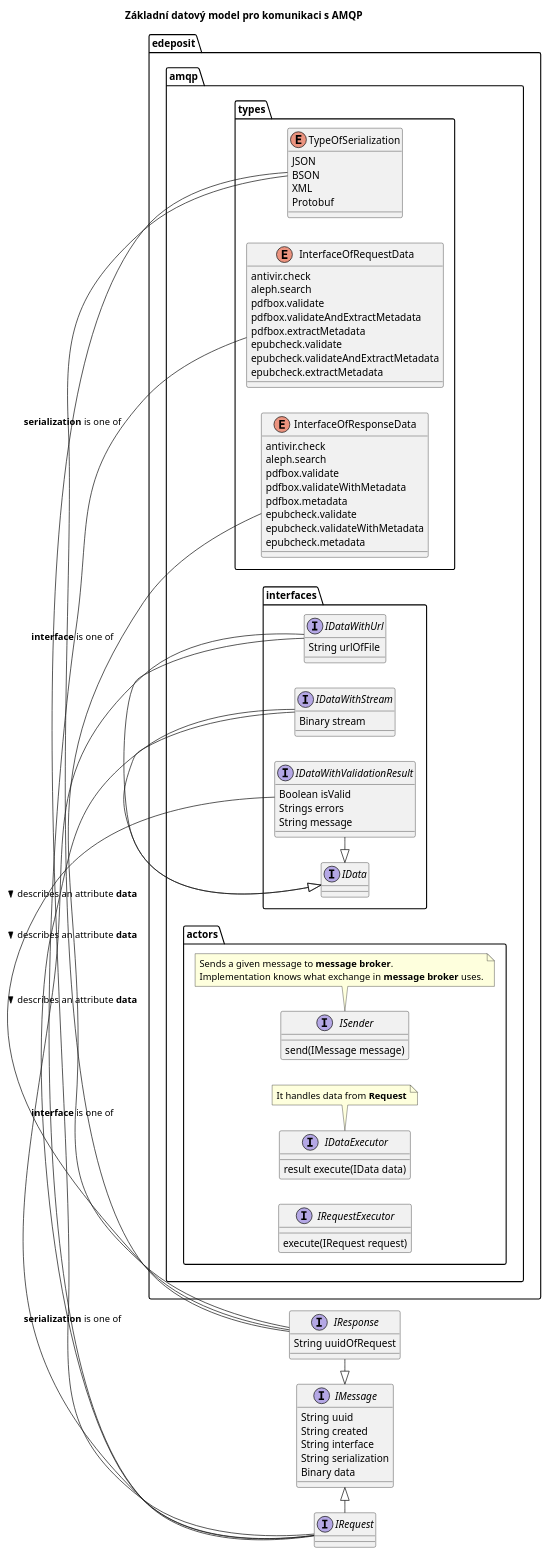
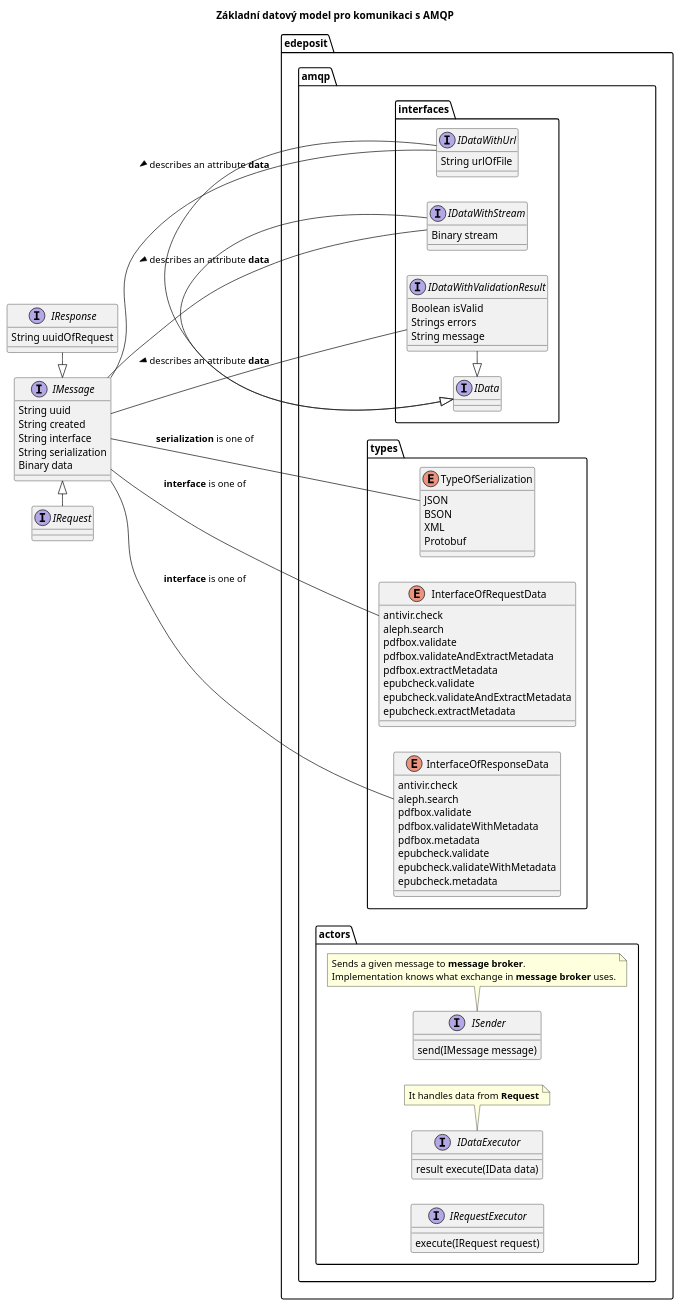
One commit to edeposit/edeposit changed the diagram in docs/middleware/dm00.plantuml. Above: the diagram before and after it, drawn with PlantUML. The commit also changed 1 other file, not shown here.

Commit message:
fixed relations to IMessage

```diff
--- a/docs/middleware/dm00.plantuml
+++ b/docs/middleware/dm00.plantuml
@@ -1,111 +1,110 @@
 @startuml
 skinparam componentStyle uml2
 left to right direction
 title Základní datový model pro komunikaci s AMQP
 
 package edeposit.amqp.types {
 enum TypeOfSerialization {
      JSON
      BSON
      XML
      Protobuf
 }
 
 enum InterfaceOfRequestData {
      antivir.check
      aleph.search
      pdfbox.validate
      pdfbox.validateAndExtractMetadata
      pdfbox.extractMetadata
      epubcheck.validate
      epubcheck.validateAndExtractMetadata
      epubcheck.extractMetadata
 }
 
 enum InterfaceOfResponseData {
      antivir.check
      aleph.search
      pdfbox.validate
      pdfbox.validateWithMetadata
      pdfbox.metadata     
      epubcheck.validate
      epubcheck.validateWithMetadata
      epubcheck.metadata     
 }
 }
 
 interface IMessage {
       String uuid
       String created
       String interface
       String serialization
       Binary data
 }
 
 interface IRequest {
 }
 
 interface IResponse {
       String uuidOfRequest
 }
 
 IMessage <|-right- IRequest
 IMessage <|-left- IResponse
 
 package edeposit.amqp.interfaces {
         
         interface IData {
         }       
 
         interface IDataWithUrl {
               String urlOfFile
         }
 
         interface IDataWithStream {
               Binary stream
         }
 
         interface IDataWithValidationResult {
                   Boolean isValid
                   Strings errors
                   String message
         }
 
         IData <|-right- IDataWithUrl
         IData <|-right- IDataWithStream
         IData <|-right- IDataWithValidationResult
 }
 
 
-IRequest -- IDataWithUrl : < describes an attribute <b>data</b>
-IRequest -- IDataWithStream : < describes an attribute <b>data</b>
-IRequest -left- TypeOfSerialization : <b>serialization</b> is one of
-IRequest -left- InterfaceOfRequestData : <b>interface</b> is one of
+IMessage -- IDataWithUrl : < describes an attribute <b>data</b>
+IMessage -- IDataWithStream : < describes an attribute <b>data</b>
+IMessage -left- TypeOfSerialization : <b>serialization</b> is one of
+IMessage -left- InterfaceOfRequestData : <b>interface</b> is one of
 
-IResponse -- IDataWithValidationResult : < describes an attribute <b>data</b>
-IResponse -left- TypeOfSerialization : <b>serialization</b> is one of
-IResponse -left- InterfaceOfResponseData : <b>interface</b> is one of
+IMessage -- IDataWithValidationResult : < describes an attribute <b>data</b>
+IMessage -left- InterfaceOfResponseData : <b>interface</b> is one of
 
 package edeposit.amqp.actors {
         interface ISender {
                 send(IMessage message)                            
         }
         note bottom
         Sends a given message to <b>message broker</b>. 
         Implementation knows what exchange in <b>message broker</b> uses.
         end note
 
         
         interface IDataExecutor {
                   result execute(IData data)
         }
         note bottom
         It handles data from <b>Request</b>
         end note
 
         interface IRequestExecutor {
                   execute(IRequest request)                  
         }
 }
 
 @enduml
```
